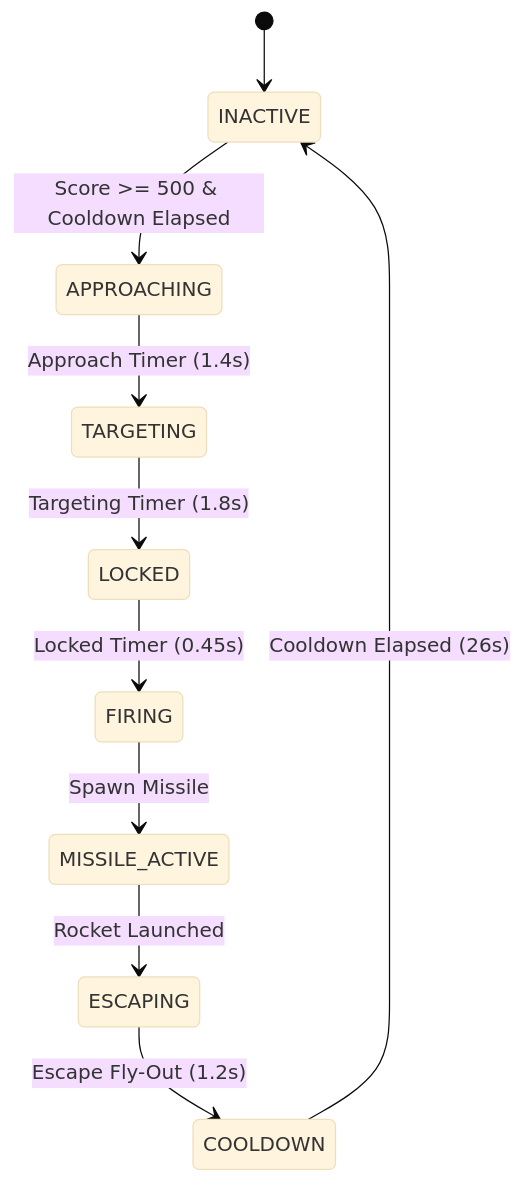
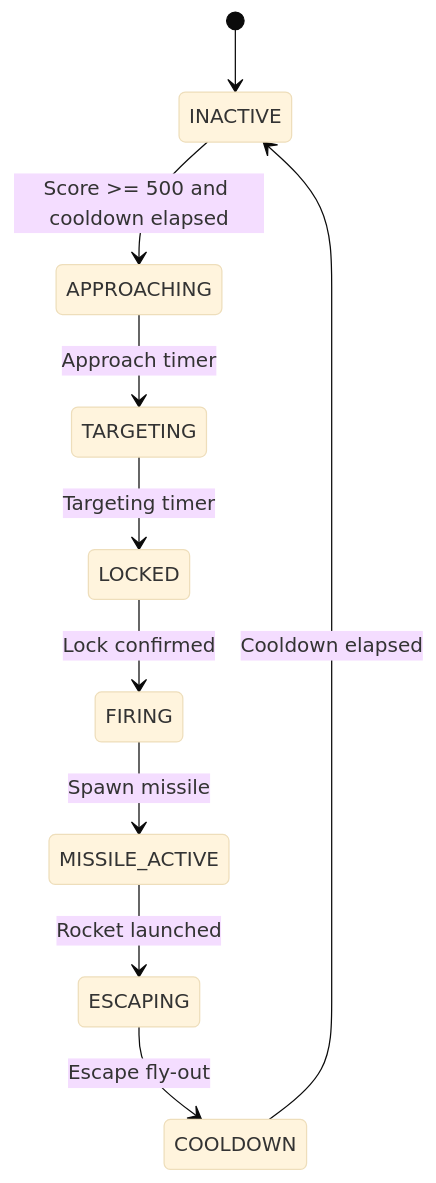
The fourth of 4 diagrams in ARCHITECTURE.md (rajkiranmishra/Block-Dash), drawn with Mermaid (base theme) before and after one commit. The commit also changed other lines of this file, not shown here.

Commit message:
docs: fix Mermaid architecture diagram rendering

````diff
--- a/ARCHITECTURE.md
+++ b/ARCHITECTURE.md
@@ -97,12 +111,12 @@
 ```mermaid
 stateDiagram-v2
     [*] --> INACTIVE
-    INACTIVE --> APPROACHING: Score >= 500 & Cooldown Elapsed
-    APPROACHING --> TARGETING: Approach Timer (1.4s)
-    TARGETING --> LOCKED: Targeting Timer (1.8s)
-    LOCKED --> FIRING: Locked Timer (0.45s)
-    FIRING --> MISSILE_ACTIVE: Spawn Missile
-    MISSILE_ACTIVE --> ESCAPING: Rocket Launched
-    ESCAPING --> COOLDOWN: Escape Fly-Out (1.2s)
-    COOLDOWN --> INACTIVE: Cooldown Elapsed (26s)
+    INACTIVE --> APPROACHING: Score >= 500 and cooldown elapsed
+    APPROACHING --> TARGETING: Approach timer
+    TARGETING --> LOCKED: Targeting timer
+    LOCKED --> FIRING: Lock confirmed
+    FIRING --> MISSILE_ACTIVE: Spawn missile
+    MISSILE_ACTIVE --> ESCAPING: Rocket launched
+    ESCAPING --> COOLDOWN: Escape fly-out
+    COOLDOWN --> INACTIVE: Cooldown elapsed
 ```
````
